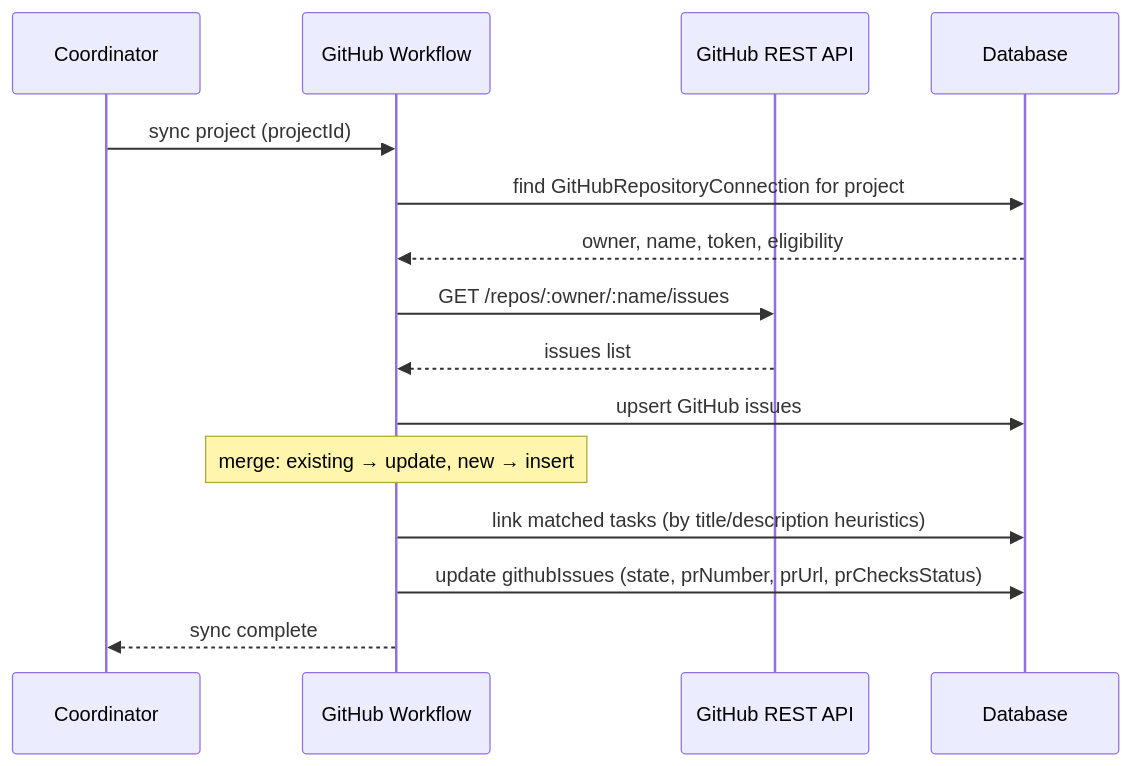
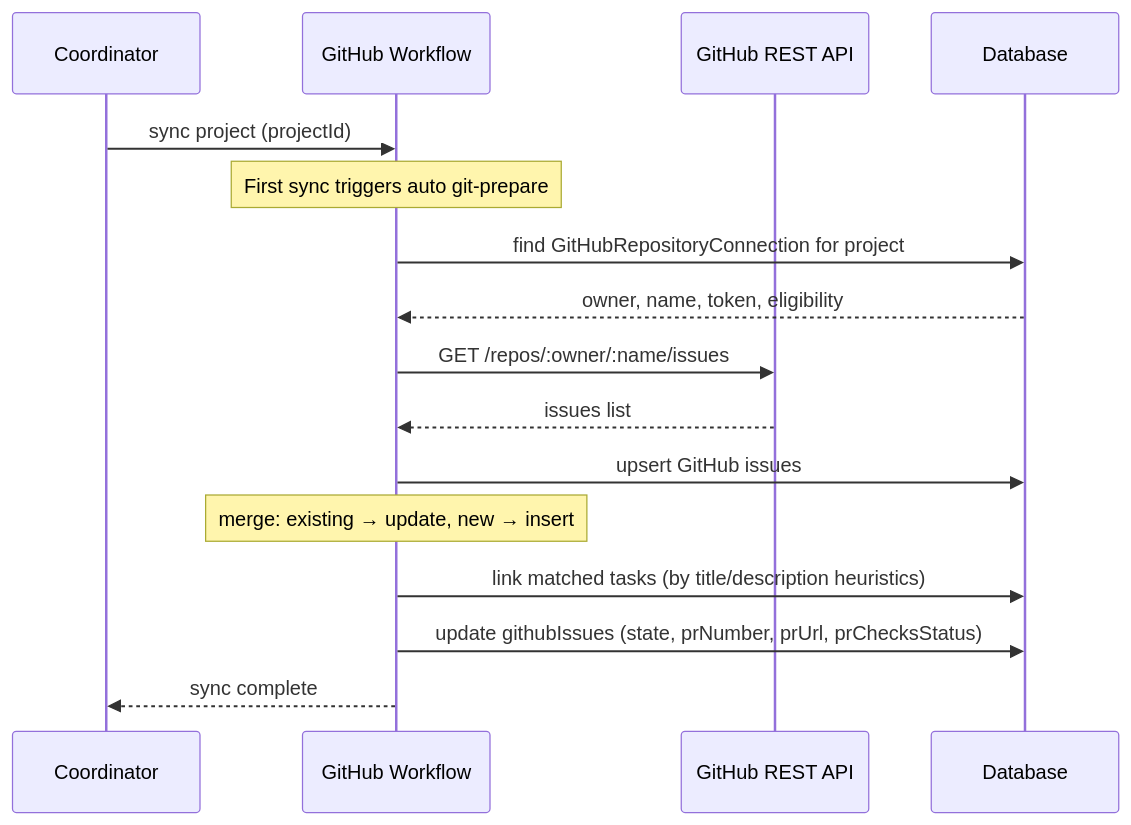
Before and after one commit to n-marusov/aif-handoff: the diagram in docs/use-cases/UC-integration.issues.sync-github-issue.md, drawn with Mermaid. The commit also changed other lines of this file and 4 other files, not shown here.

First line of the commit message:
docs: document GitHub auto git-prepare parity

````diff
--- a/docs/use-cases/UC-integration.issues.sync-github-issue.md
+++ b/docs/use-cases/UC-integration.issues.sync-github-issue.md
@@ -17,18 +17,19 @@
 ```mermaid
 sequenceDiagram
   participant Coord as Coordinator
   participant GH as GitHub Workflow
   participant API as GitHub REST API
   participant DB as Database
 
   Coord->>GH: sync project (projectId)
+  Note over GH: First sync triggers auto git-prepare
   GH->>DB: find GitHubRepositoryConnection for project
   DB-->>GH: owner, name, token, eligibility
   GH->>API: GET /repos/:owner/:name/issues
   API-->>GH: issues list
   GH->>DB: upsert GitHub issues
   Note over GH: merge: existing → update, new → insert
   GH->>DB: link matched tasks (by title/description heuristics)
   GH->>DB: update githubIssues (state, prNumber, prUrl, prChecksStatus)
   GH-->>Coord: sync complete
 ```
````
